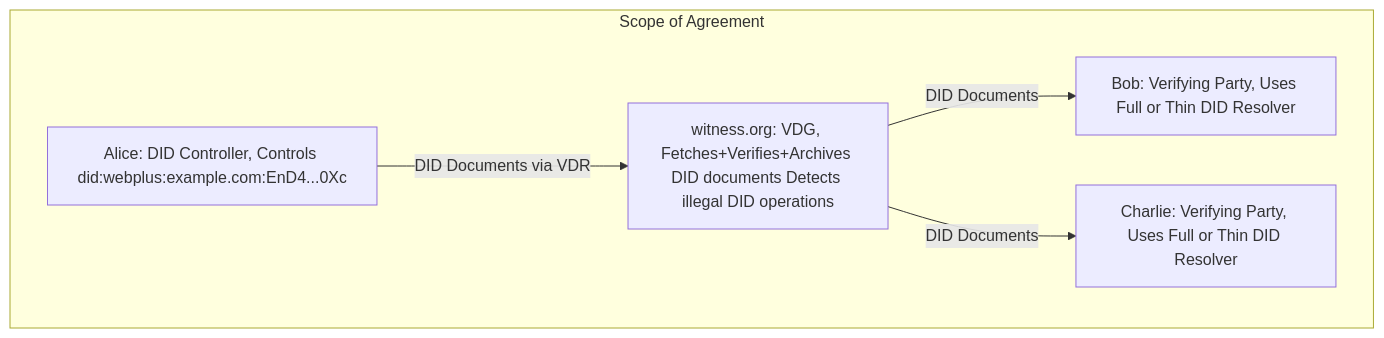
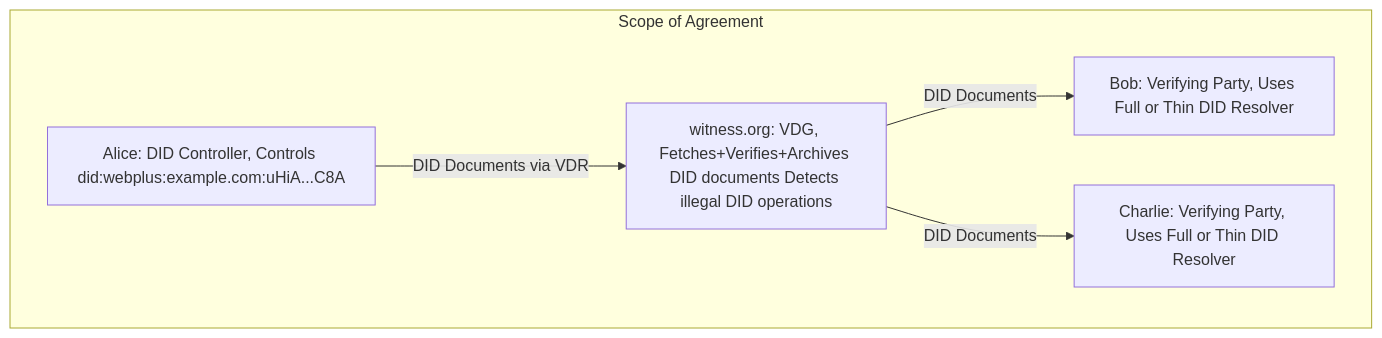
One commit to LedgerDomain/did-webplus-spec changed diagram 13 of 26 in spec.md. Above: the diagram before and after it, drawn with Mermaid. The commit also changed other lines of this file and 3 other files, not shown here.

````diff
--- a/spec.md
+++ b/spec.md
@@ -575,12 +514,12 @@
 ```mermaid
 graph TD
     subgraph Scope of Agreement
-    Alice[ Alice: DID Controller, Controls did:webplus:example.com:EnD4...0Xc ]
+    Alice[ Alice: DID Controller, Controls did:webplus:example.com:uHiA...C8A ]
     Alice -->|DID Documents via VDR| VDG
     VDG[ witness.org: VDG, Fetches+Verifies+Archives DID documents Detects illegal DID operations ]
     VDG -->|DID Documents| Bob
     VDG -->|DID Documents| Charlie
     Bob[ Bob: Verifying Party, Uses Full or Thin DID Resolver ]
     Charlie[ Charlie: Verifying Party, Uses Full or Thin DID Resolver ]
     end
 ```
````
